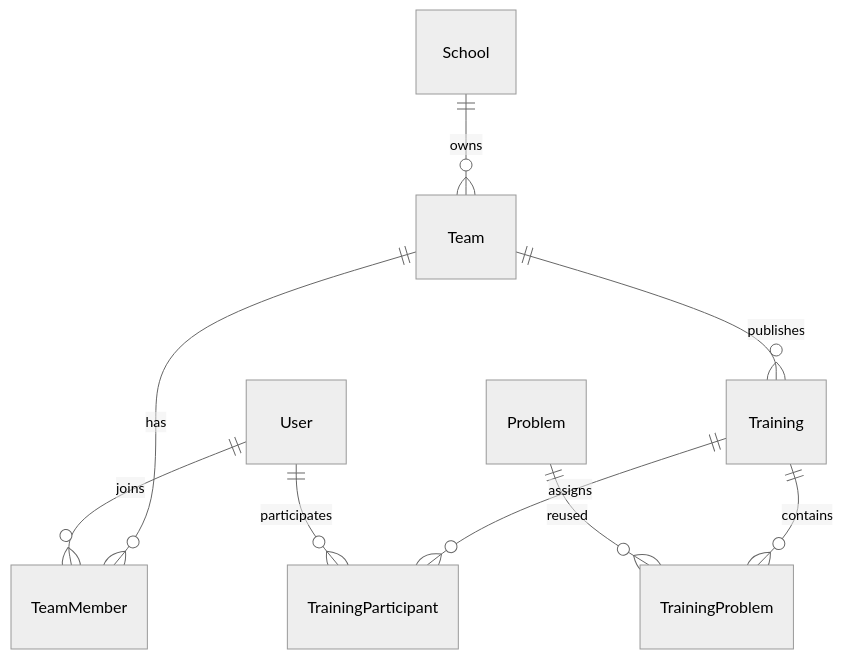
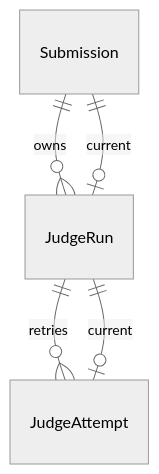
One commit to carits/oi-manager changed the third of 3 diagrams in docs/architecture/DATA_MODEL.md. Above: the diagram before and after it, drawn with Mermaid (neutral theme). The commit also changed other lines of this file and 46 other files, not shown here.

````diff
--- a/docs/architecture/DATA_MODEL.md
+++ b/docs/architecture/DATA_MODEL.md
@@ -47,11 +61,7 @@
 ```mermaid
 erDiagram
-  School ||--o{ Team : owns
-  Team ||--o{ TeamMember : has
-  User ||--o{ TeamMember : joins
-  Team ||--o{ Training : publishes
-  Training ||--o{ TrainingProblem : contains
-  Problem ||--o{ TrainingProblem : reused
-  Training ||--o{ TrainingParticipant : assigns
-  User ||--o{ TrainingParticipant : participates
+  Submission ||--o{ JudgeRun : owns
+  Submission ||--o| JudgeRun : current
+  JudgeRun ||--o{ JudgeAttempt : retries
+  JudgeRun ||--o| JudgeAttempt : current
 ```
````
